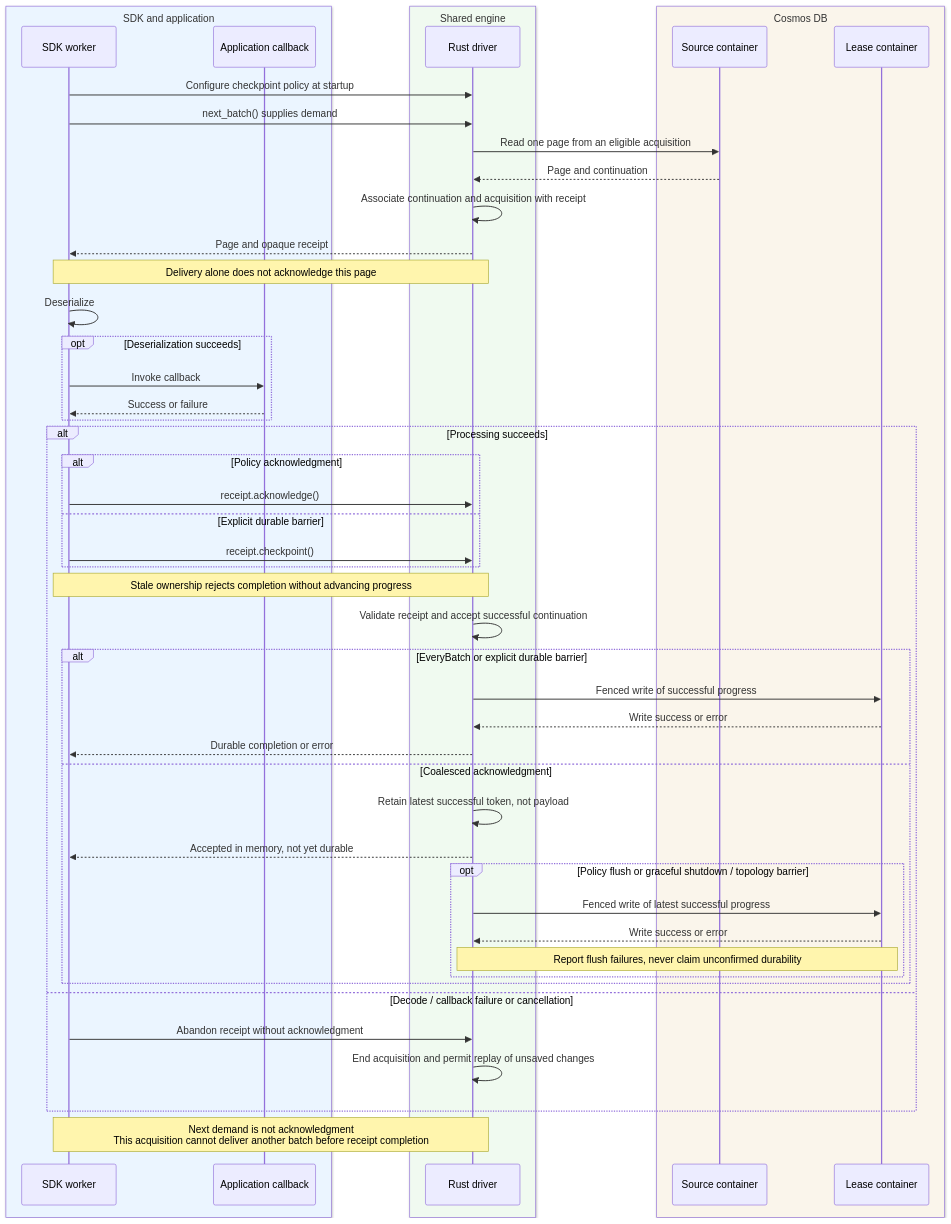
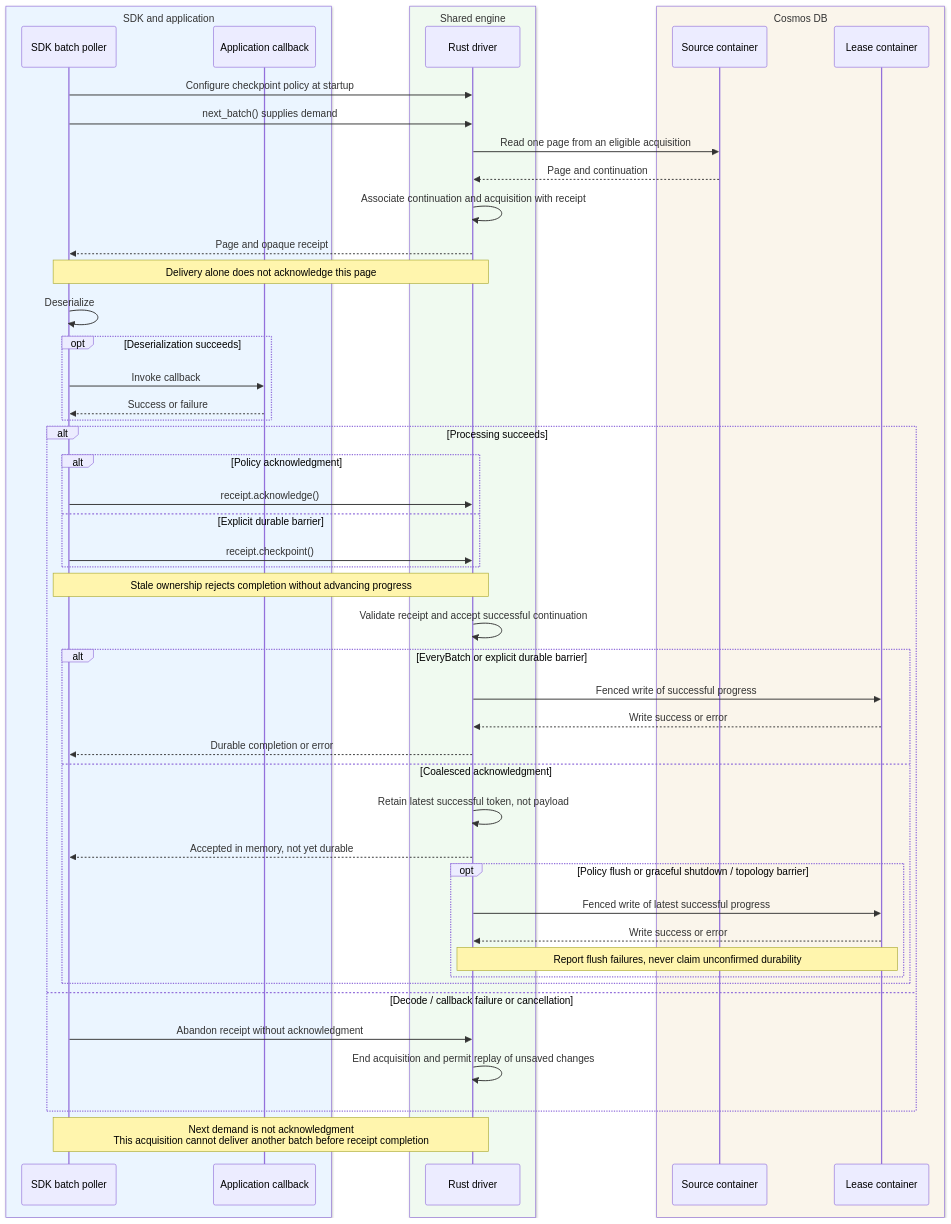
The eighth of 9 diagrams in sdk/cosmos/docs/specs/0030-change-feed-processor.md (Azure/azure-sdk-for-rust), drawn with Mermaid before and after one commit. The commit also changed other lines of this file and 16 other files, not shown here.

````diff
--- a/sdk/cosmos/docs/specs/0030-change-feed-processor.md
+++ b/sdk/cosmos/docs/specs/0030-change-feed-processor.md
@@ -2413,52 +2433,52 @@
 ```mermaid
 sequenceDiagram
     box rgb(235, 245, 255) SDK and application
-        participant SDK as SDK worker
+        participant SDK as SDK batch poller
         participant App as Application callback
     end
     box rgb(240, 250, 240) Shared engine
         participant Driver as Rust driver
     end
     box rgb(250, 245, 235) Cosmos DB
         participant Source as Source container
         participant Leases as Lease container
     end
     SDK->>Driver: Configure checkpoint policy at startup
     SDK->>Driver: next_batch() supplies demand
     Driver->>Source: Read one page from an eligible acquisition
     Source-->>Driver: Page and continuation
     Driver->>Driver: Associate continuation and acquisition with receipt
     Driver-->>SDK: Page and opaque receipt
     Note over SDK,Driver: Delivery alone does not acknowledge this page
     SDK->>SDK: Deserialize
     opt Deserialization succeeds
         SDK->>App: Invoke callback
         App-->>SDK: Success or failure
     end
     alt Processing succeeds
         alt Policy acknowledgment
             SDK->>Driver: receipt.acknowledge()
         else Explicit durable barrier
             SDK->>Driver: receipt.checkpoint()
         end
         Note over SDK,Driver: Stale ownership rejects completion without advancing progress
         Driver->>Driver: Validate receipt and accept successful continuation
         alt EveryBatch or explicit durable barrier
             Driver->>Leases: Fenced write of successful progress
             Leases-->>Driver: Write success or error
             Driver-->>SDK: Durable completion or error
         else Coalesced acknowledgment
             Driver->>Driver: Retain latest successful token, not payload
             Driver-->>SDK: Accepted in memory, not yet durable
             opt Policy flush or graceful shutdown / topology barrier
                 Driver->>Leases: Fenced write of latest successful progress
                 Leases-->>Driver: Write success or error
                 Note over Driver,Leases: Report flush failures, never claim unconfirmed durability
             end
         end
     else Decode / callback failure or cancellation
         SDK->>Driver: Abandon receipt without acknowledgment
         Driver->>Driver: End acquisition and permit replay of unsaved changes
     end
     Note over SDK,Driver: Next demand is not acknowledgment<br/>This acquisition cannot deliver another batch before receipt completion
 ```
````
